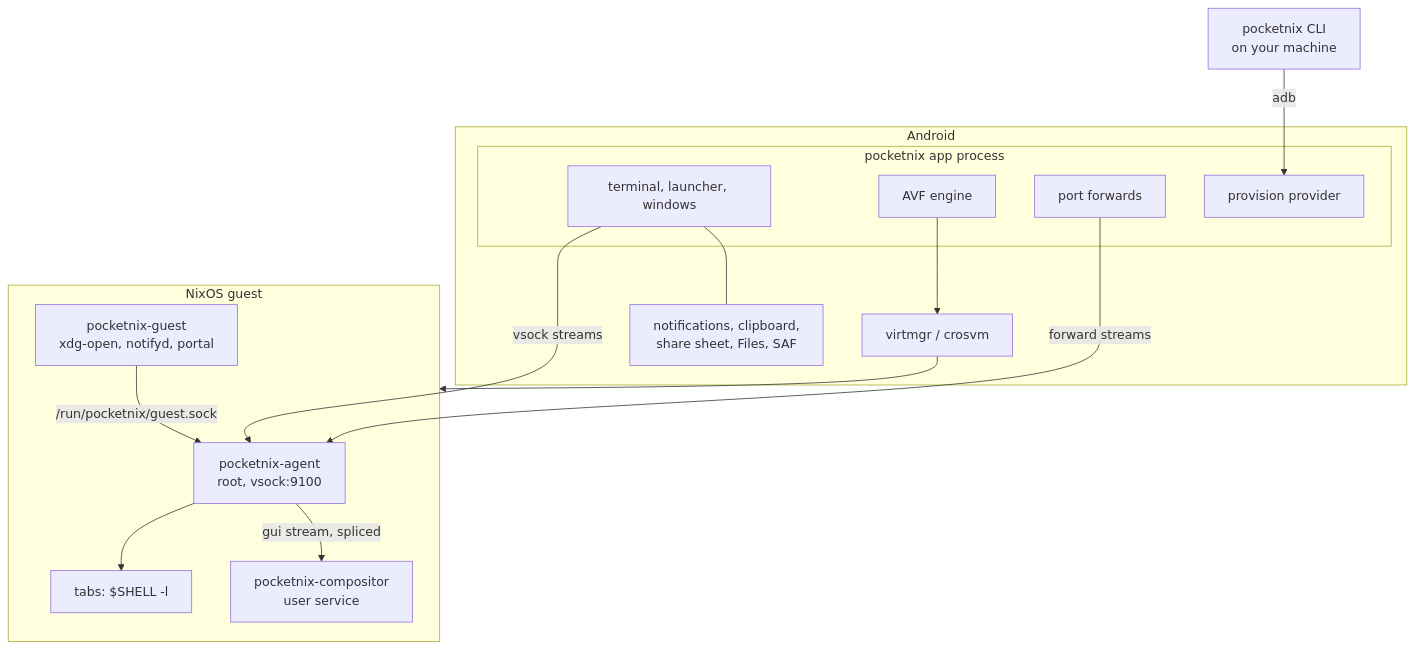
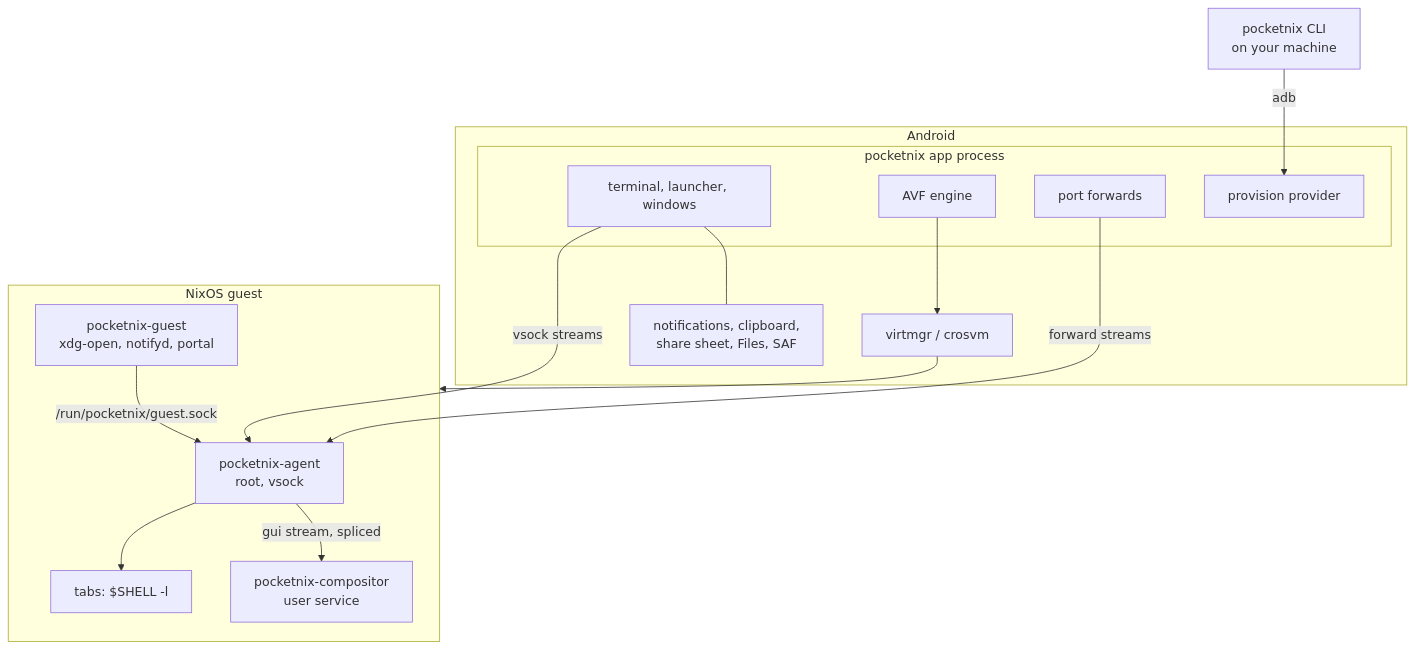
One commit to nickolaj-jepsen/pocketnix changed the first of 2 diagrams in docs/architecture.md. Above: the diagram before and after it, drawn with Mermaid. The commit also changed 61 other files, not shown here.

````diff
--- a/docs/architecture.md
+++ b/docs/architecture.md
@@ -5,27 +5,27 @@
 ```mermaid
 flowchart TB
   subgraph phone[Android]
     subgraph app[pocketnix app process]
       ui[terminal, launcher, windows]
       engine[AVF engine]
       fwd[port forwards]
       prov[provision provider]
     end
     virtmgr[virtmgr / crosvm]
     android[notifications, clipboard,<br/>share sheet, Files, SAF]
   end
   subgraph guest[NixOS guest]
-    agent[pocketnix-agent<br/>root, vsock:9100]
+    agent[pocketnix-agent<br/>root, vsock]
     guestcli[pocketnix-guest<br/>xdg-open, notifyd, portal]
     comp[pocketnix-compositor<br/>user service]
     shells[tabs: $SHELL -l]
   end
   adb[pocketnix CLI<br/>on your machine] -- adb --> prov
   engine --> virtmgr --> guest
   ui -- vsock streams --> agent
   fwd -- forward streams --> agent
   agent --> shells
   guestcli -- /run/pocketnix/guest.sock --> agent
   agent -- gui stream, spliced --> comp
   ui --- android
 ```
````
